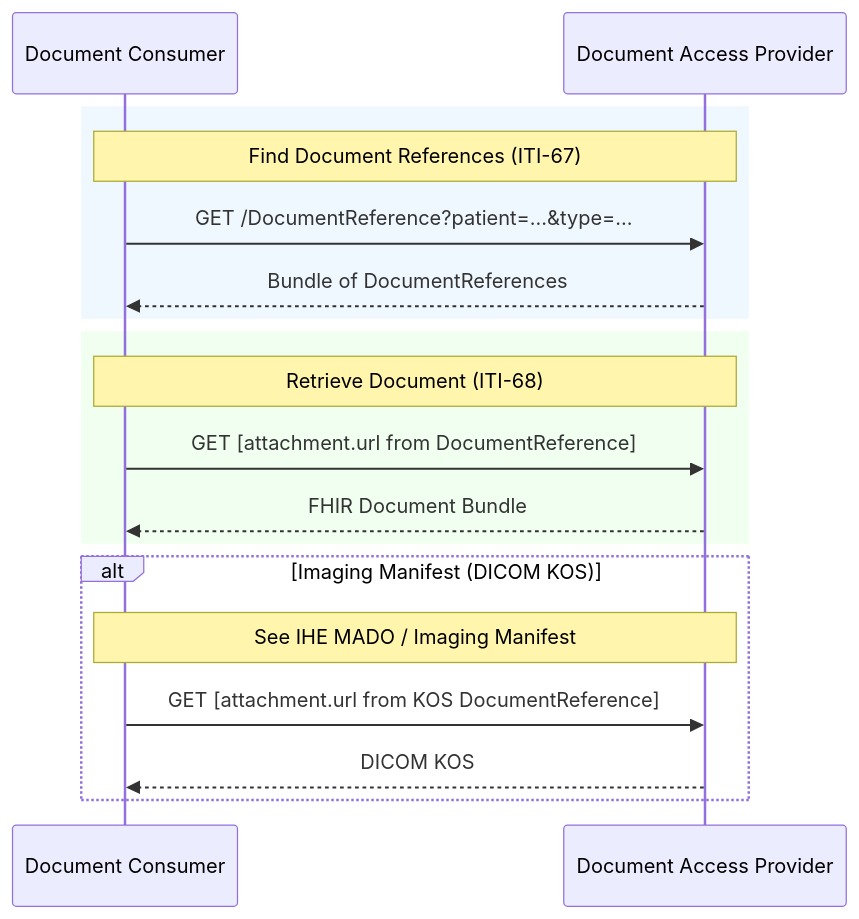
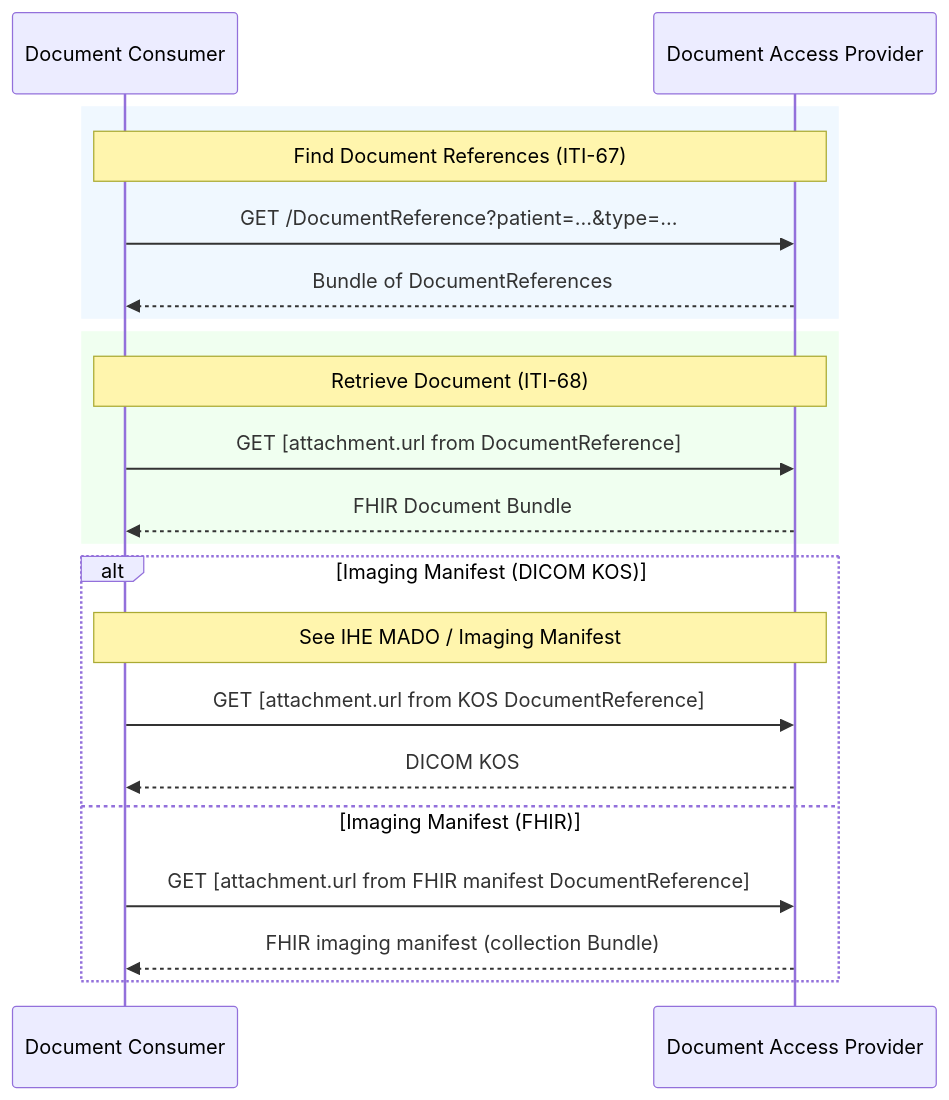
Before and after one commit to euridice-org/eu-health-data-api: the diagram in input/pagecontent/document-exchange.md, drawn with Mermaid.

Commit message:
FHIR-56624: show FHIR imaging manifest (collection Bundle) alongside DICOM KOS in retrieval diagram

````diff
--- a/input/pagecontent/document-exchange.md
+++ b/input/pagecontent/document-exchange.md
@@ -37,23 +37,26 @@
 ```mermaid
 sequenceDiagram
     participant Consumer as Document Consumer
     participant Provider as Document Access Provider
 
     rect rgb(240, 248, 255)
     Note over Consumer,Provider: Find Document References (ITI-67)
     Consumer->>Provider: GET /DocumentReference?patient=...&type=...
     Provider-->>Consumer: Bundle of DocumentReferences
     end
 
     rect rgb(240, 255, 240)
     Note over Consumer,Provider: Retrieve Document (ITI-68)
     Consumer->>Provider: GET [attachment.url from DocumentReference]
     Provider-->>Consumer: FHIR Document Bundle
     end
 
     alt Imaging Manifest (DICOM KOS)
     Note over Consumer,Provider: See IHE MADO / Imaging Manifest
     Consumer->>Provider: GET [attachment.url from KOS DocumentReference]
     Provider-->>Consumer: DICOM KOS
+    else Imaging Manifest (FHIR)
+    Consumer->>Provider: GET [attachment.url from FHIR manifest DocumentReference]
+    Provider-->>Consumer: FHIR imaging manifest (collection Bundle)
     end
 ```
````
